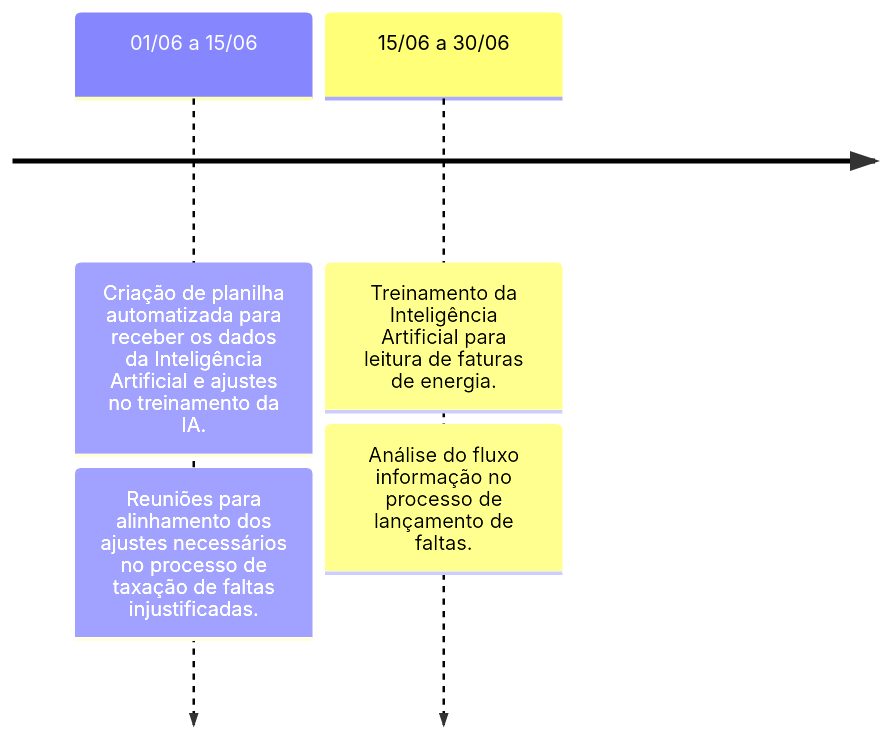
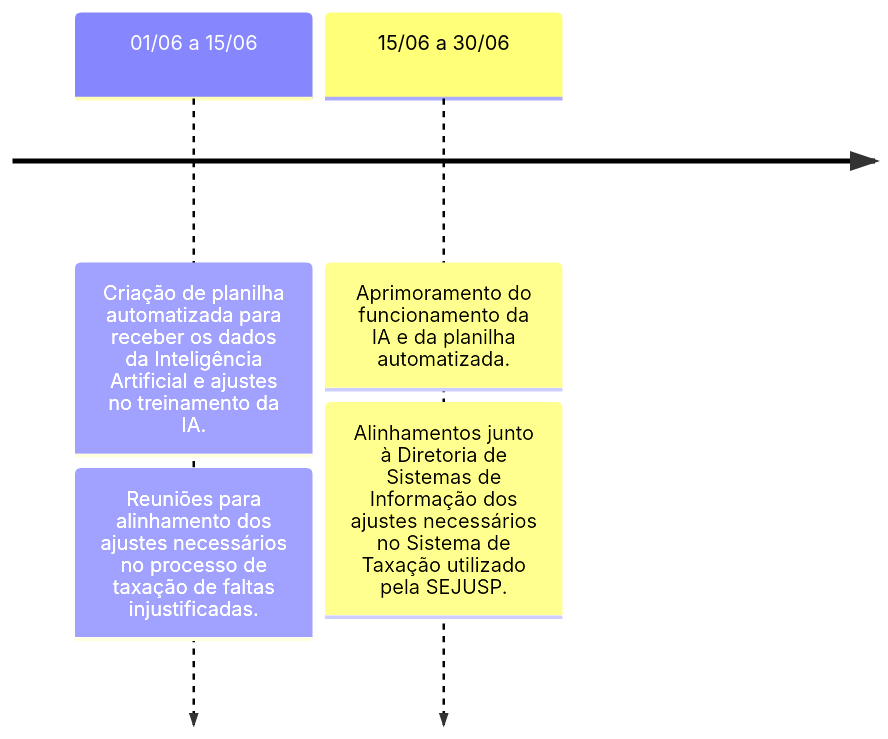
The third of 3 diagrams in docs/linha_do_tempo/projeto_sejusp_sulot.md (automatiza-mg/handbook), drawn with Mermaid before and after one commit.

Commit message:
Atualiza mês de junho da linha do tempo SEJUSP

````diff
--- a/docs/linha_do_tempo/projeto_sejusp_sulot.md
+++ b/docs/linha_do_tempo/projeto_sejusp_sulot.md
@@ -37,7 +37,7 @@
     ```mermaid
     timeline
         01/06 a 15/06 : Criação de planilha automatizada para receber os dados da Inteligência Artificial e ajustes no treinamento da IA.
                       : Reuniões para alinhamento dos ajustes necessários no processo de taxação de faltas injustificadas.
-        15/06 a 30/06 : Treinamento da Inteligência Artificial para leitura de faturas de energia.
-                      : Análise do fluxo informação no processo de lançamento de faltas.          
+        15/06 a 30/06 : Aprimoramento do funcionamento da IA e da planilha automatizada.
+                      : Alinhamentos junto à Diretoria de Sistemas de Informação dos ajustes necessários no Sistema de Taxação utilizado pela SEJUSP.          
     ```
````
